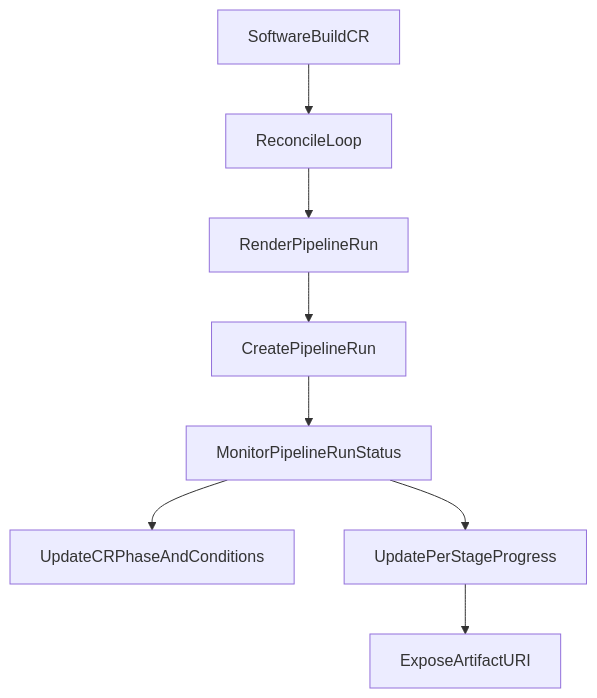
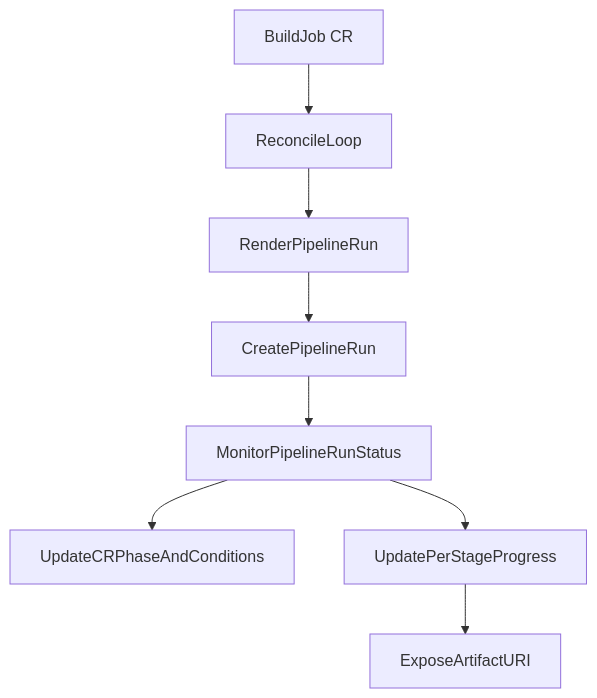
The diagram in docs/architecture.md (vtz/builder-operator), drawn with Mermaid before and after one commit. The commit also changed other lines of this file and 14 other files, not shown here.

````diff
--- a/docs/architecture.md
+++ b/docs/architecture.md
@@ -31,10 +40,10 @@
 ```mermaid
 flowchart TD
-  softwareBuildCR[SoftwareBuildCR] --> reconcileLoop[ReconcileLoop]
+  buildJobCR[BuildJob CR] --> reconcileLoop[ReconcileLoop]
   reconcileLoop --> renderRun[RenderPipelineRun]
   renderRun --> createRun[CreatePipelineRun]
   createRun --> monitorRun[MonitorPipelineRunStatus]
   monitorRun --> updatePhase[UpdateCRPhaseAndConditions]
   monitorRun --> updateStages[UpdatePerStageProgress]
   updateStages --> exposeArtifacts[ExposeArtifactURI]
 ```
````
